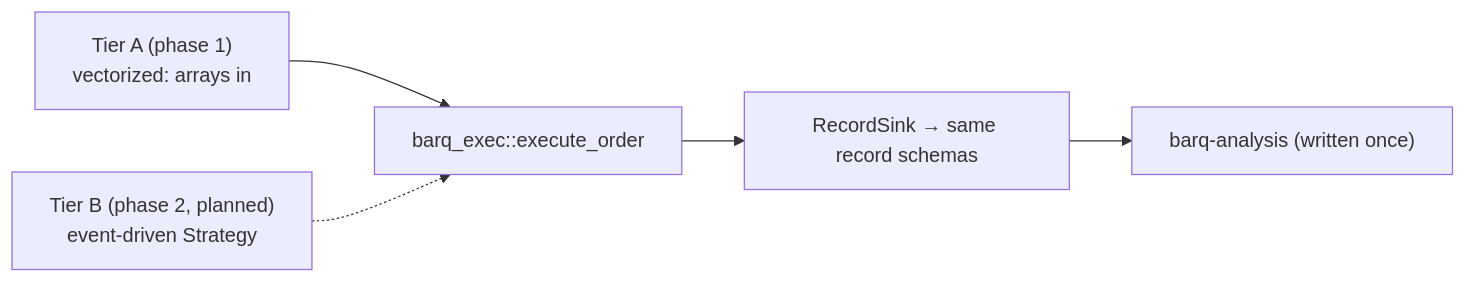
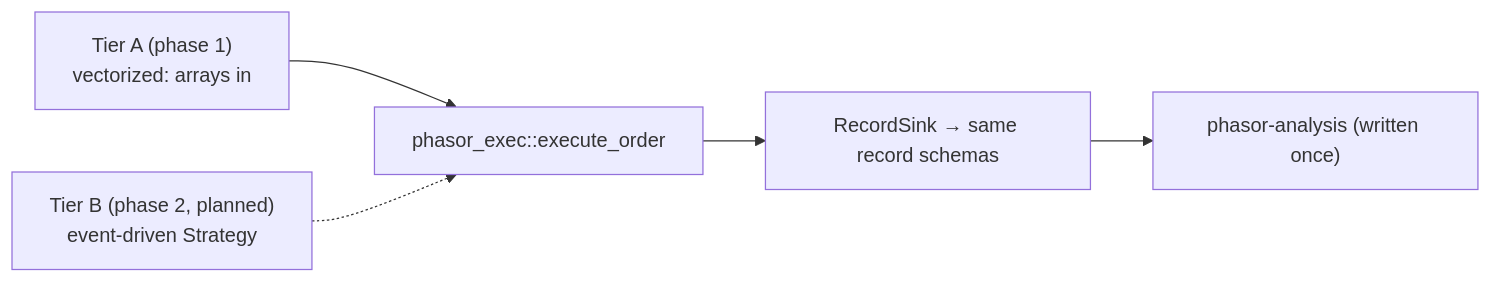
Before and after one commit to nivalume/phasor: the first of 2 diagrams in docs/ARCHITECTURE.md, drawn with Mermaid. The commit also changed other lines of this file and 431 other files, not shown here.

First line of the commit message:
Rename barq to phasor across the workspace

````diff
--- a/docs/ARCHITECTURE.md
+++ b/docs/ARCHITECTURE.md
@@ -97,7 +97,7 @@
 ```mermaid
 flowchart LR
-  A["Tier A (phase 1)<br/>vectorized: arrays in"] --> K["barq_exec::execute_order"]
+  A["Tier A (phase 1)<br/>vectorized: arrays in"] --> K["phasor_exec::execute_order"]
   B["Tier B (phase 2, planned)<br/>event-driven Strategy"] -.-> K
   K --> R["RecordSink → same record schemas"]
-  R --> P["barq-analysis (written once)"]
+  R --> P["phasor-analysis (written once)"]
 ```
````
